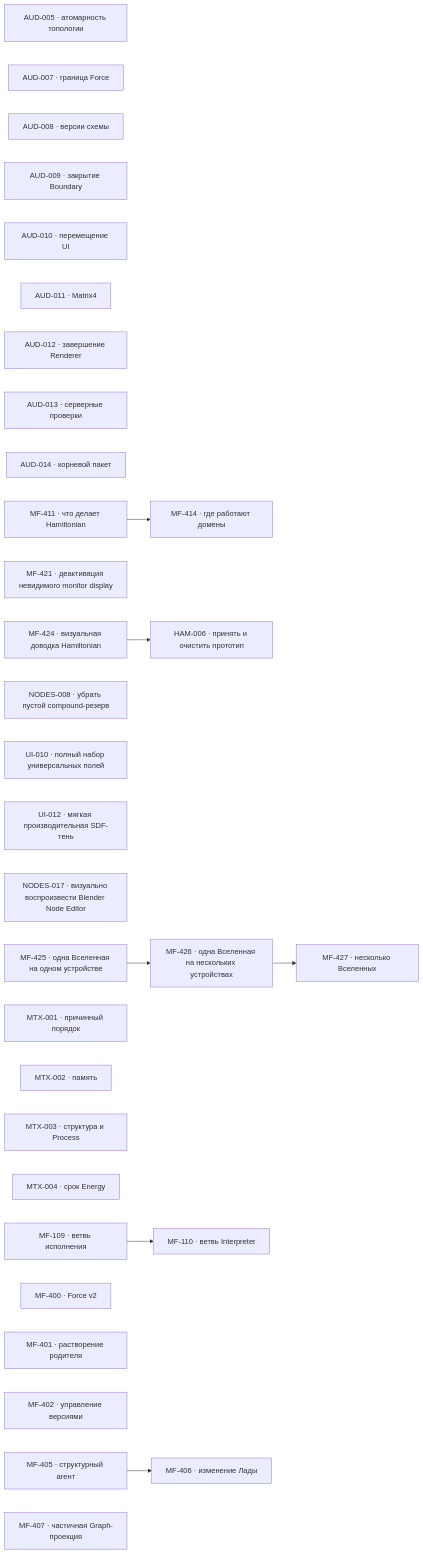
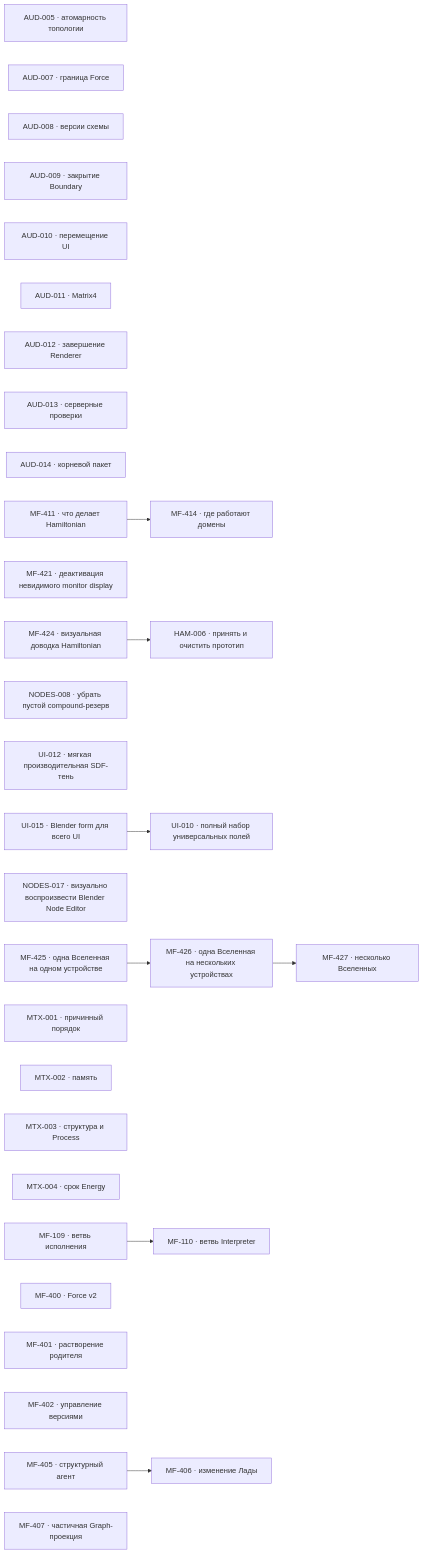
Before and after one commit to zavx0z/metafor: the diagram in project/TODO.md, drawn with Mermaid. The commit also changed other lines of this file and 3 other files, not shown here.

````diff
--- a/project/TODO.md
+++ b/project/TODO.md
@@ -13,42 +13,44 @@
 ```mermaid
 flowchart LR
     AUD005["AUD-005 · атомарность топологии"]
     AUD007["AUD-007 · граница Force"]
     AUD008["AUD-008 · версии схемы"]
     AUD009["AUD-009 · закрытие Boundary"]
     AUD010["AUD-010 · перемещение UI"]
     AUD011["AUD-011 · Matrix4"]
     AUD012["AUD-012 · завершение Renderer"]
     AUD013["AUD-013 · серверные проверки"]
     AUD014["AUD-014 · корневой пакет"]
     MF411["MF-411 · что делает Hamiltonian"]
     MF414["MF-414 · где работают домены"]
     MF421["MF-421 · деактивация невидимого monitor display"]
     MF424["MF-424 · визуальная доводка Hamiltonian"]
     HAM006["HAM-006 · принять и очистить прототип"]
     NODES008["NODES-008 · убрать пустой compound-резерв"]
     UI010["UI-010 · полный набор универсальных полей"]
     UI012["UI-012 · мягкая производительная SDF-тень"]
+    UI015["UI-015 · Blender form для всего UI"]
     NODES017["NODES-017 · визуально воспроизвести Blender Node Editor"]
     MF425["MF-425 · одна Вселенная на одном устройстве"]
     MF426["MF-426 · одна Вселенная на нескольких устройствах"]
     MF427["MF-427 · несколько Вселенных"]
     MTX001["MTX-001 · причинный порядок"]
     MTX002["MTX-002 · память"]
     MTX003["MTX-003 · структура и Process"]
     MTX004["MTX-004 · срок Energy"]
     MF109["MF-109 · ветвь исполнения"]
     MF110["MF-110 · ветвь Interpreter"]
     MF400["MF-400 · Force v2"]
     MF401["MF-401 · растворение родителя"]
     MF402["MF-402 · управление версиями"]
     MF405["MF-405 · структурный агент"]
     MF406["MF-406 · изменение Лады"]
     MF407["MF-407 · частичная Graph-проекция"]
     MF109 --> MF110
     MF405 --> MF406
     MF411 --> MF414
     MF424 --> HAM006
+    UI015 --> UI010
     MF425 --> MF426
     MF426 --> MF427
 ```
````
